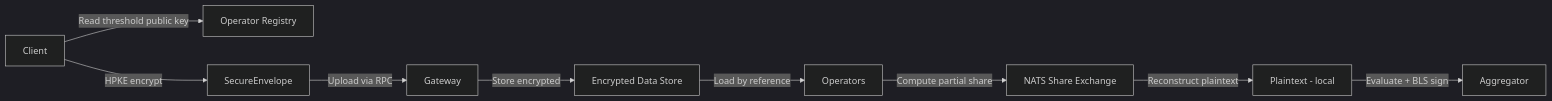
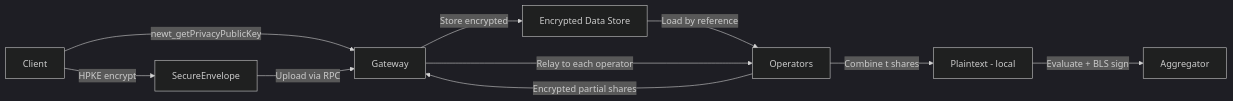
One commit to newt-foundation/newton-sdk changed the second of 2 diagrams in site/src/pages/whitepaper/privacy-architecture.mdx. Above: the diagram before and after it, drawn with Mermaid (dark theme). The commit also changed other lines of this file and 2 other files, not shown here.

First line of the commit message:
docs: fix threshold key custody and data retention on privacy pages

````diff
--- a/site/src/pages/whitepaper/privacy-architecture.mdx
+++ b/site/src/pages/whitepaper/privacy-architecture.mdx
@@ -98,11 +98,12 @@
 ```mermaid
 flowchart LR
-    C[Client] -->|Read threshold public key| REG[Operator Registry]
+    C[Client] -->|newt_getPrivacyPublicKey| GW[Gateway]
     C -->|HPKE encrypt| E[SecureEnvelope]
-    E -->|Upload via RPC| GW[Gateway]
+    E -->|Upload via RPC| GW
     GW -->|Store encrypted| DB[Encrypted Data Store]
     DB -->|Load by reference| OP[Operators]
-    OP -->|Compute partial share| NATS[NATS Share Exchange]
-    NATS -->|Reconstruct plaintext| PD[Plaintext - local]
+    OP -->|Encrypted partial shares| GW
+    GW -->|Relay to each operator| OP
+    OP -->|Combine t shares| PD[Plaintext - local]
     PD -->|Evaluate + BLS sign| AGG[Aggregator]
 ```
````
